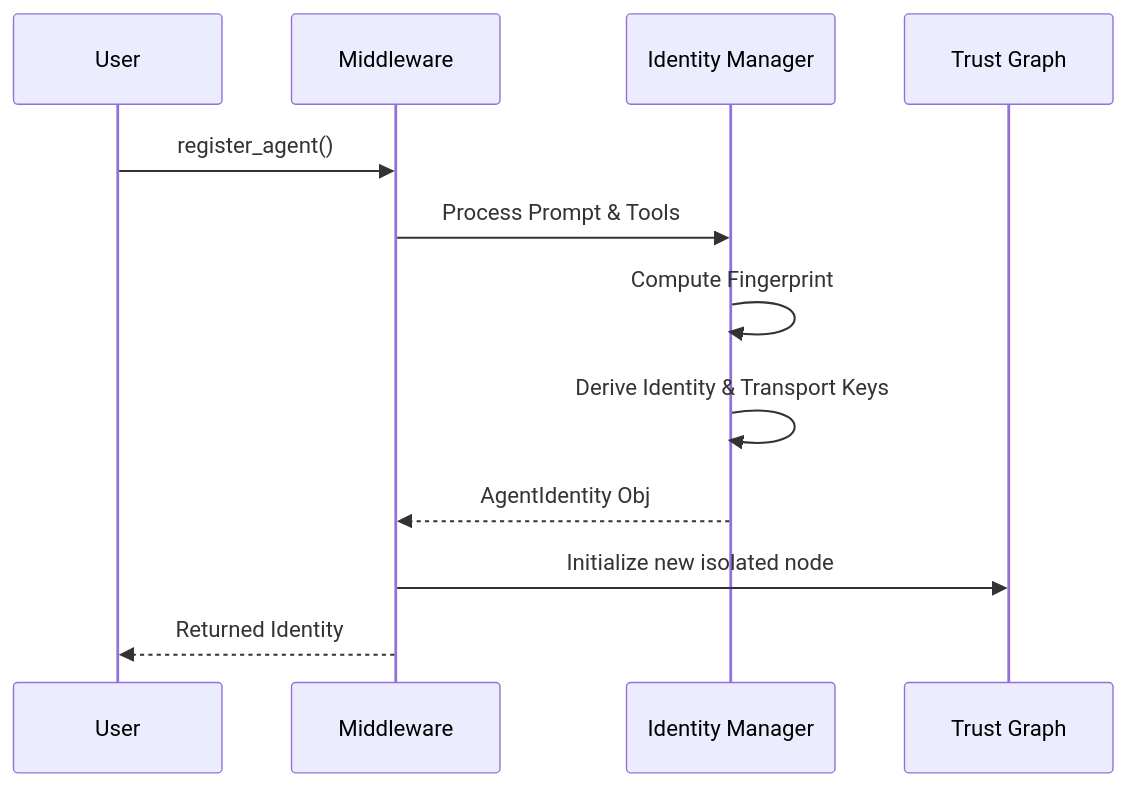
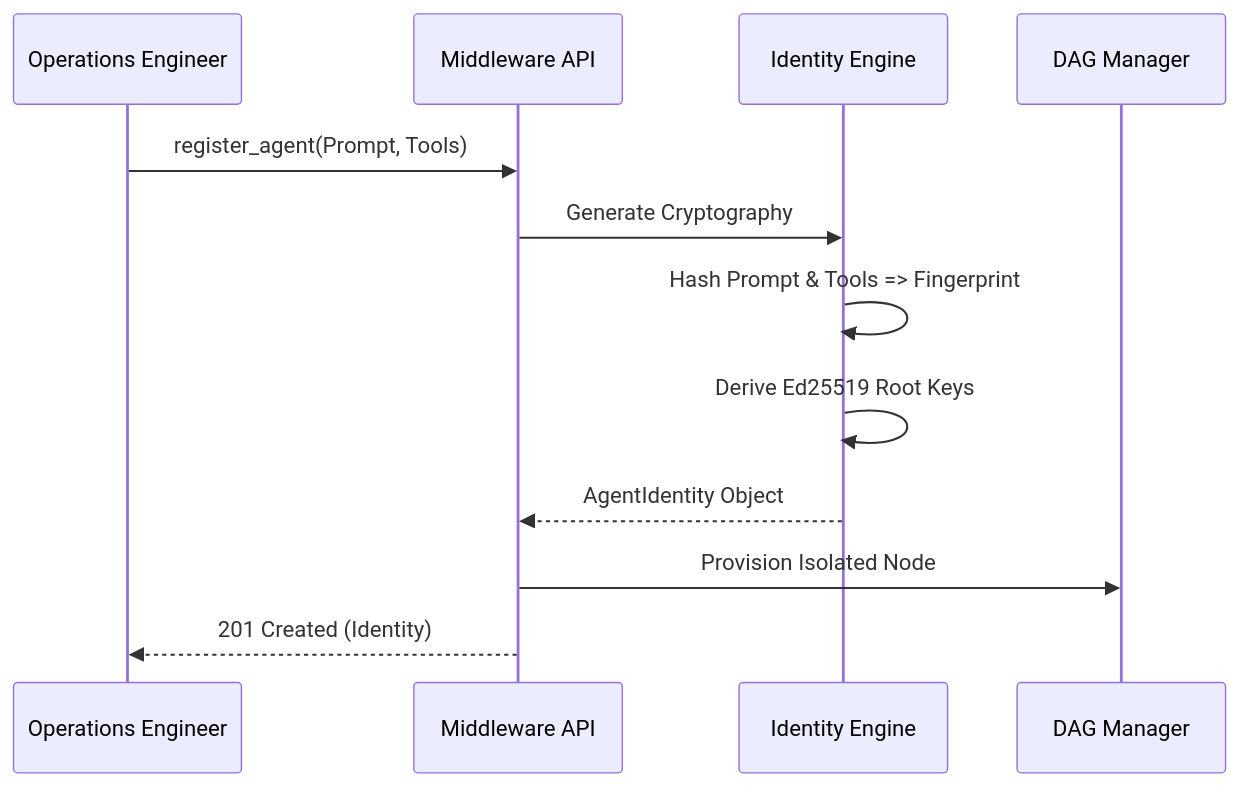
Before and after one commit to MrDecryptDecipher/Agent-Trust: diagram 14 of 30 in README.md, drawn with Mermaid. The commit also changed other lines of this file, not shown here.

Commit message:
Fix rendering format for 30 Mermaid diagrams to strictly use basic edge and block formatting for complete compatiblity

````diff
--- a/README.md
+++ b/README.md
@@ -211,14 +297,15 @@
 ```mermaid
 sequenceDiagram
-    participant User
-    participant MW as Middleware
-    participant ID as Identity Manager
-    participant Graph as Trust Graph
-    User->>MW: register_agent()
-    MW->>ID: Process Prompt & Tools
-    ID->>ID: Compute Fingerprint
-    ID->>ID: Derive Identity & Transport Keys
-    ID-->>MW: AgentIdentity Obj
-    MW->>Graph: Initialize new isolated node
-    MW-->>User: Returned Identity
+    participant O as Operations Engineer
+    participant MW as Middleware API
+    participant Engine as Identity Engine
+    participant G as DAG Manager
+    
+    O->>MW: register_agent(Prompt, Tools)
+    MW->>Engine: Generate Cryptography
+    Engine->>Engine: Hash Prompt & Tools => Fingerprint
+    Engine->>Engine: Derive Ed25519 Root Keys
+    Engine-->>MW: AgentIdentity Object
+    MW->>G: Provision Isolated Node
+    MW-->>O: 201 Created (Identity)
 ```
````
